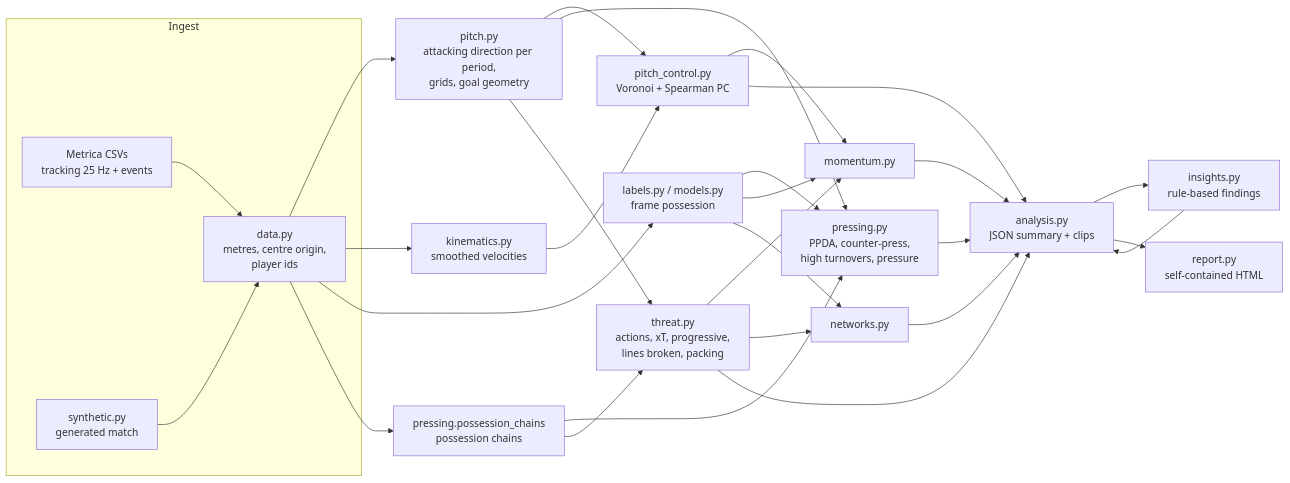
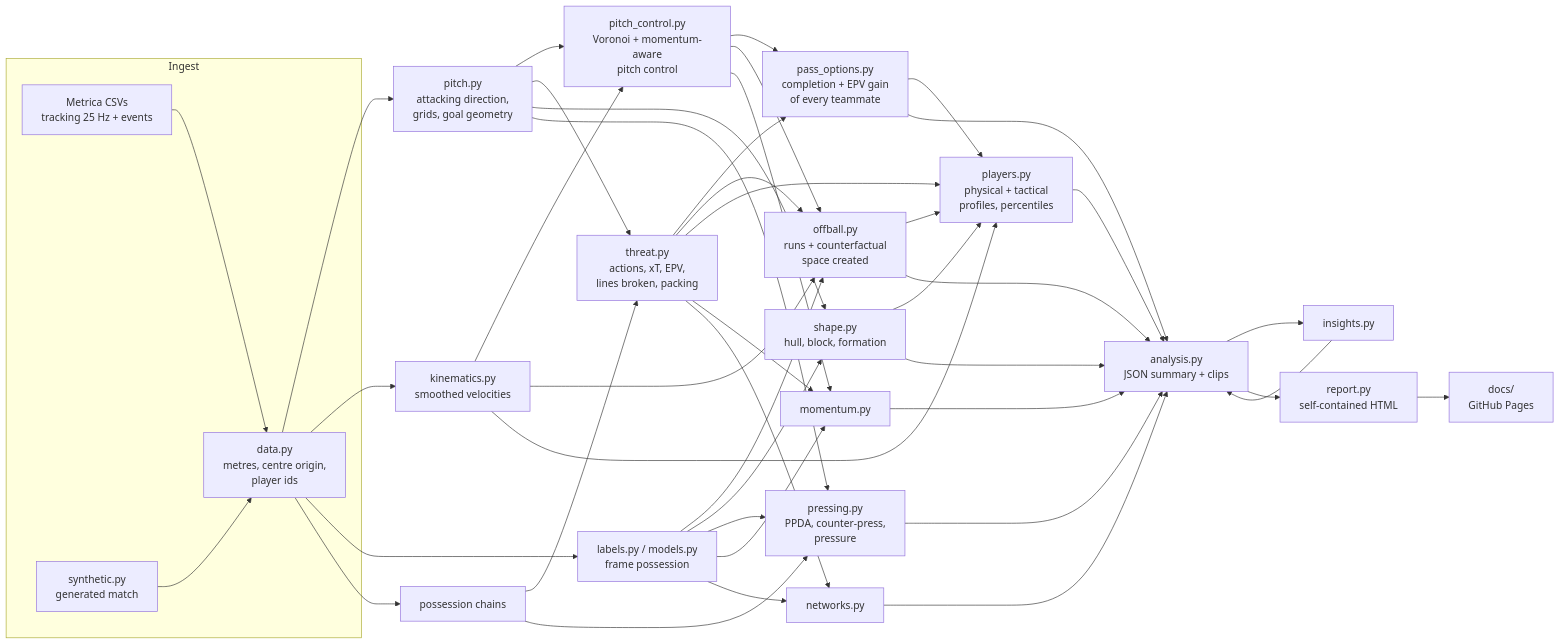
Before and after one commit to yangpeduto/symmetrica: the diagram in README.md, drawn with Mermaid. The commit also changed other lines of this file and 43 other files, not shown here.

````diff
--- a/README.md
+++ b/README.md
@@ -34,22 +43,27 @@
 ```mermaid
 flowchart LR
     subgraph Ingest
         A[Metrica CSVs<br/>tracking 25 Hz + events] --> B[data.py<br/>metres, centre origin,<br/>player ids]
         S[synthetic.py<br/>generated match] --> B
     end
-    B --> C[pitch.py<br/>attacking direction per period,<br/>grids, goal geometry]
+    B --> C[pitch.py<br/>attacking direction,<br/>grids, goal geometry]
     B --> K[kinematics.py<br/>smoothed velocities]
     B --> L[labels.py / models.py<br/>frame possession]
-    B --> CH[pressing.possession_chains<br/>possession chains]
+    B --> CH[possession chains]
 
-    C & K --> PC[pitch_control.py<br/>Voronoi + Spearman PC]
-    CH & L & C --> PR[pressing.py<br/>PPDA, counter-press,<br/>high turnovers, pressure]
-    CH & C --> TH[threat.py<br/>actions, xT, progressive,<br/>lines broken, packing]
+    C & K --> PC[pitch_control.py<br/>Voronoi + momentum-aware<br/>pitch control]
+    CH & C --> TH[threat.py<br/>actions, xT, EPV,<br/>lines broken, packing]
+    PC & TH --> PO[pass_options.py<br/>completion + EPV gain<br/>of every teammate]
+    PC & TH & L & K --> OB[offball.py<br/>runs + counterfactual<br/>space created]
+    L & C --> SH[shape.py<br/>hull, block, formation]
+    CH & L & C --> PR[pressing.py<br/>PPDA, counter-press,<br/>pressure]
+    K & TH & OB & PO & SH --> PL[players.py<br/>physical + tactical<br/>profiles, percentiles]
     TH & L & PC --> MO[momentum.py]
     TH & L --> NW[networks.py]
 
-    PC & PR & TH & MO & NW --> AN[analysis.py<br/>JSON summary + clips]
-    AN --> IN[insights.py<br/>rule-based findings]
+    PO & OB & SH & PR & PL & MO & NW --> AN[analysis.py<br/>JSON summary + clips]
+    AN --> IN[insights.py]
     IN --> AN
     AN --> RP[report.py<br/>self-contained HTML]
+    RP --> GP[docs/<br/>GitHub Pages]
 ```
````
